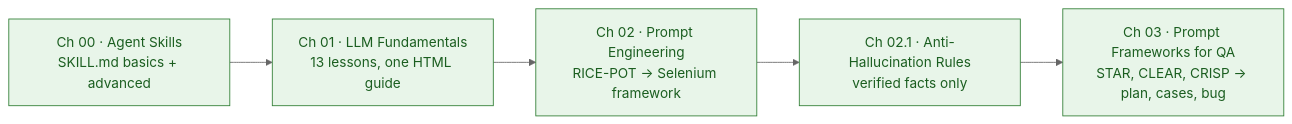
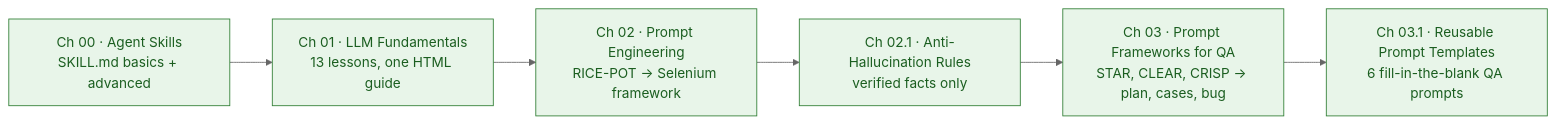
The first of 7 diagrams in README.md (shobhitsharma5577/AITesterBluePrint5X), drawn with Mermaid (neutral theme) before and after one commit. The commit also changed other lines of this file and 6 other files, not shown here.

Commit message:
feat: add chapter 03.1 reusable QA prompt templates

````diff
--- a/README.md
+++ b/README.md
@@ -25,10 +26,11 @@
 ```mermaid
 flowchart LR
     C0["Ch 00 · Agent Skills<br/>SKILL.md basics + advanced"] --> C1["Ch 01 · LLM Fundamentals<br/>13 lessons, one HTML guide"]
     C1 --> C2["Ch 02 · Prompt Engineering<br/>RICE-POT -> Selenium framework"]
     C2 --> C21["Ch 02.1 · Anti-Hallucination Rules<br/>verified facts only"]
     C21 --> C3["Ch 03 · Prompt Frameworks for QA<br/>STAR, CLEAR, CRISP -> plan, cases, bug"]
+    C3 --> C31["Ch 03.1 · Reusable Prompt Templates<br/>6 fill-in-the-blank QA prompts"]
 
     classDef done fill:#e8f5e9,stroke:#2e7d32,color:#1b5e20
-    class C0,C1,C2,C21,C3 done
+    class C0,C1,C2,C21,C3,C31 done
 ```
````
